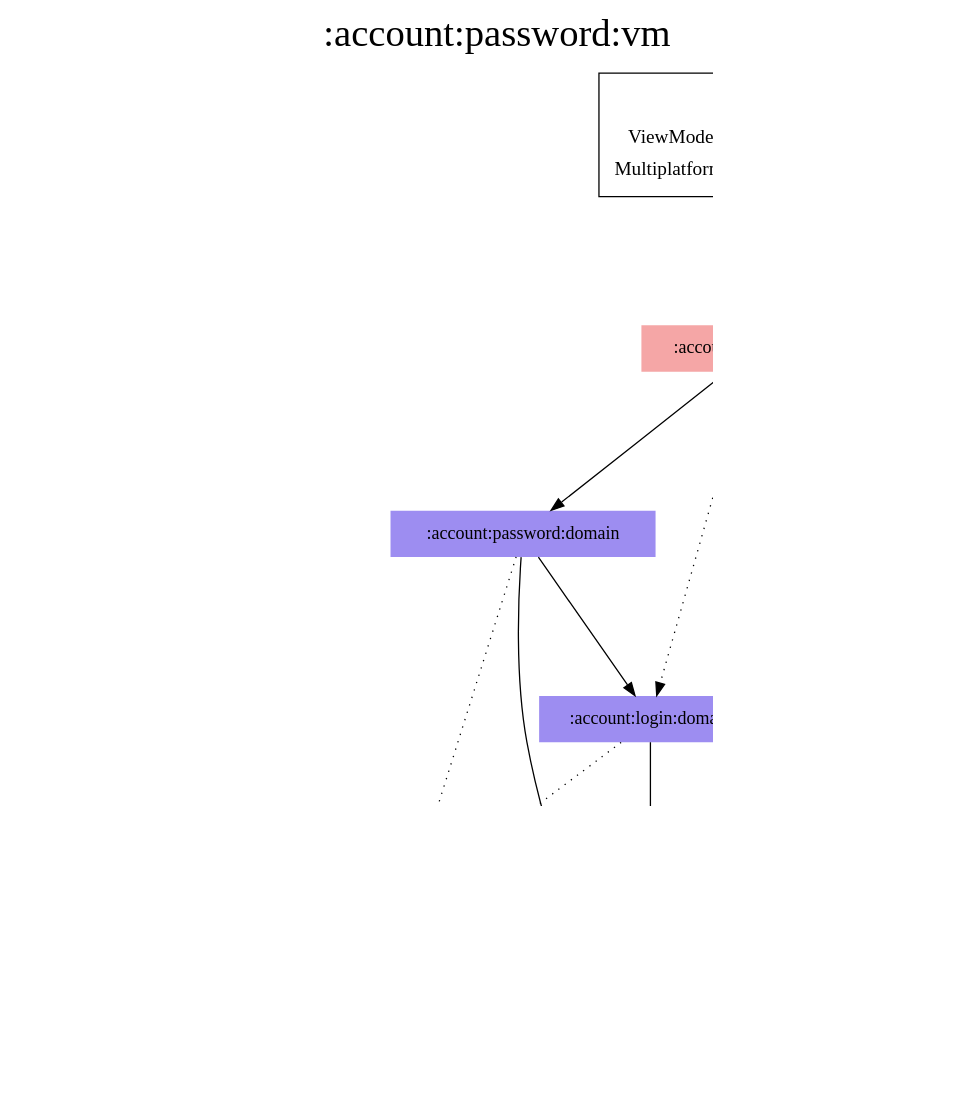
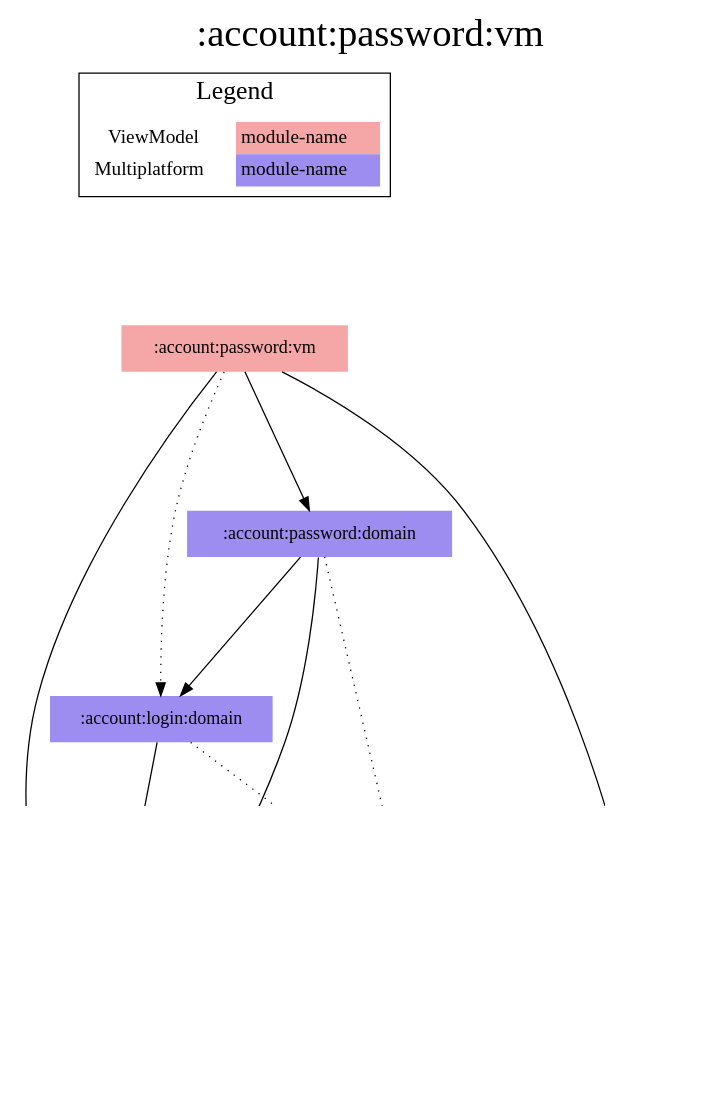
Before and after one commit to jonapoul/aktual: the diagram in modules/account/password/vm/modules.dot, drawn with Graphviz. The commit also changed 59 other files, not shown here.

Commit message:
core:versions -> core:model

```diff
--- a/modules/account/password/vm/modules.dot
+++ b/modules/account/password/vm/modules.dot
@@ -1,41 +1,40 @@
 digraph {
 edge ["dir"="forward"]
 graph ["dpi"="100","label"=":account:password:vm","labelloc"="t","fontsize"="30","ranksep"="1.5","rankdir"="TB"]
 node ["style"="filled"]
 ":account:login:domain" ["fillcolor"="#9D8DF1","shape"="none"]
 ":account:model" ["fillcolor"="#9D8DF1","shape"="none"]
 ":account:password:domain" ["fillcolor"="#9D8DF1","shape"="none"]
 ":account:password:vm" ["fillcolor"="#F5A6A6","shape"="none"]
 ":api:actual" ["fillcolor"="#9D8DF1","shape"="none"]
 ":budget:model" ["fillcolor"="#9D8DF1","shape"="none"]
 ":codegen:annotation" ["fillcolor"="#9D8DF1","shape"="none"]
 ":core:model" ["fillcolor"="#9D8DF1","shape"="none"]
-":core:versions" ["fillcolor"="#9D8DF1","shape"="none"]
 {
 edge ["dir"="none"]
 graph ["rank"="same"]
 }
 ":account:login:domain" -> ":account:model"
 ":account:login:domain" -> ":api:actual" ["style"="dotted"]
 ":account:password:domain" -> ":account:login:domain"
 ":account:password:domain" -> ":account:model"
 ":account:password:domain" -> ":api:actual" ["style"="dotted"]
 ":account:password:vm" -> ":account:login:domain" ["style"="dotted"]
 ":account:password:vm" -> ":account:model"
 ":account:password:vm" -> ":account:password:domain"
-":account:password:vm" -> ":core:versions"
+":account:password:vm" -> ":core:model"
 ":api:actual" -> ":account:model"
 ":api:actual" -> ":budget:model"
 ":api:actual" -> ":codegen:annotation" ["style"="dotted"]
 ":api:actual" -> ":core:model"
 subgraph "cluster_legend" {
 edge ["dir"="none"]
 graph ["label"="Legend","fontsize"="20"]
 "Legend" ["style"="filled","fillcolor"="#FFFFFF","shape"="none","margin"="0","fontsize"="15","label"=<
 <TABLE BORDER="0" CELLBORDER="0" CELLSPACING="0" CELLPADDING="4">
 <TR><TD>ViewModel</TD><TD BGCOLOR="#F5A6A6">module-name</TD></TR>
 <TR><TD>Multiplatform</TD><TD BGCOLOR="#9D8DF1">module-name</TD></TR>
 </TABLE>
 >]
 } -> ":account:password:vm" ["style"="invis"]
 }
```
